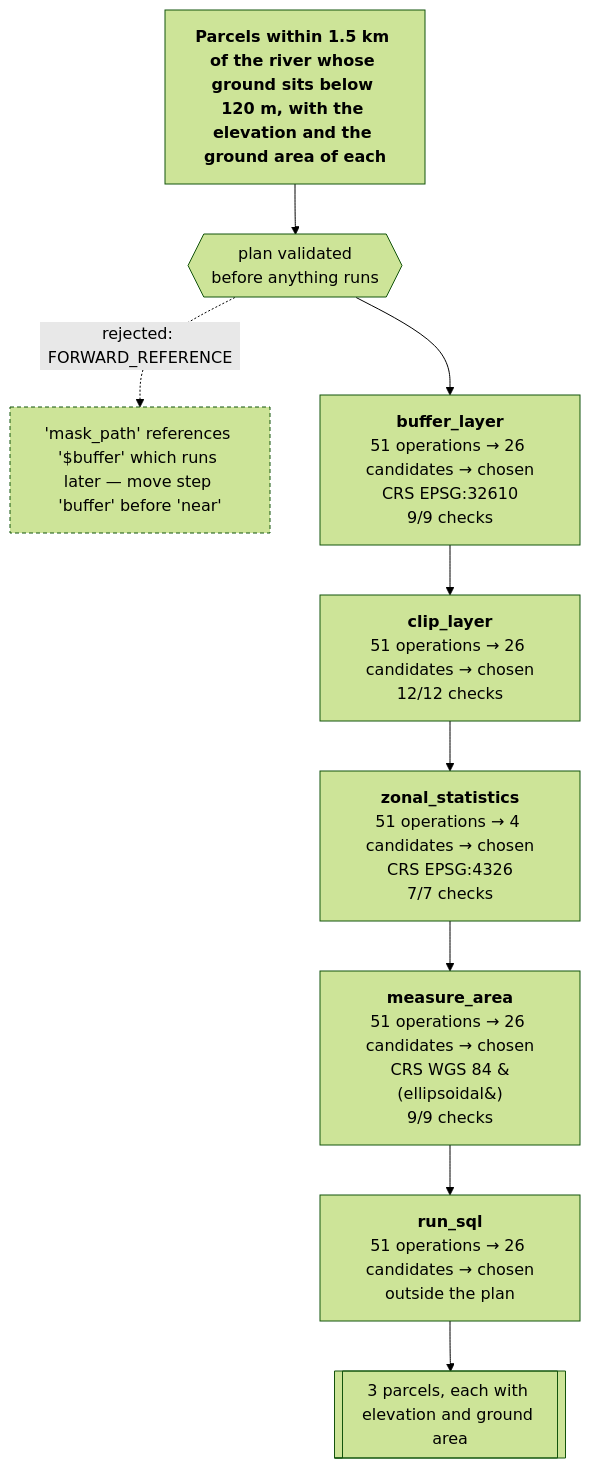
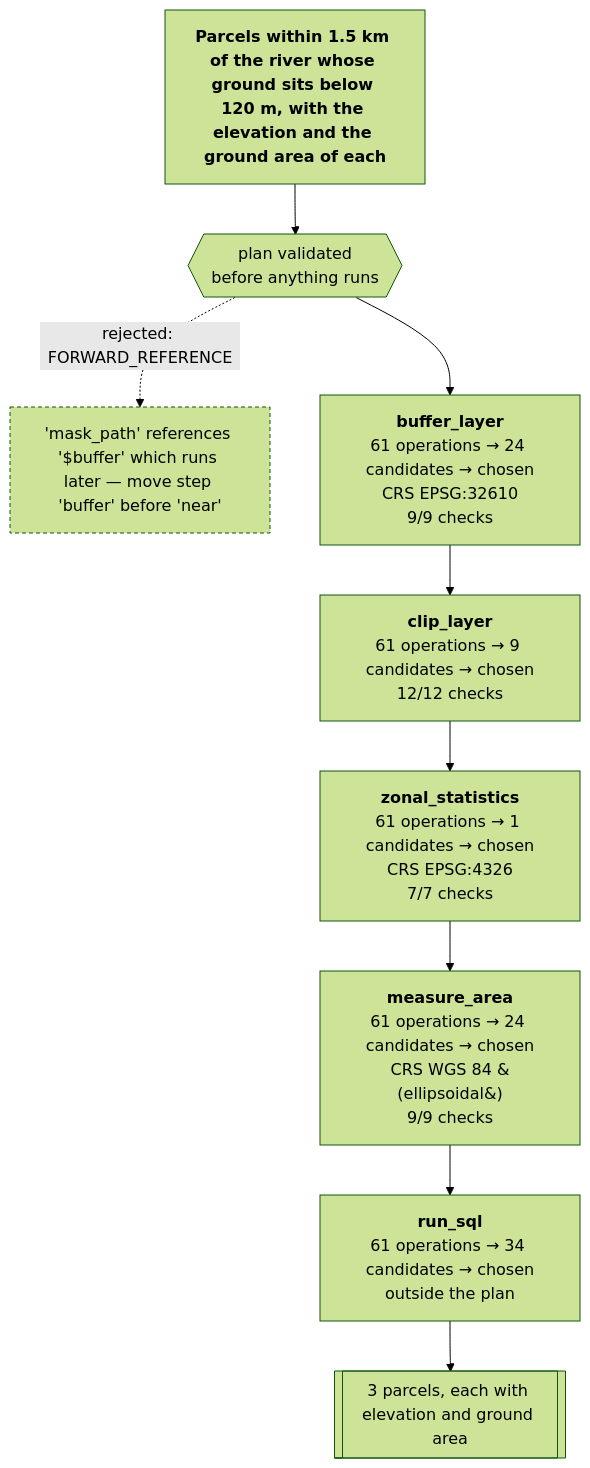
One commit to mapsmith-ai/MapSmith changed the diagram in README.md. Above: the diagram before and after it, drawn with Mermaid (forest theme). The commit also changed other lines of this file and 22 other files, not shown here.

````diff
--- a/README.md
+++ b/README.md
@@ -416,20 +431,20 @@
 ```mermaid
 flowchart TB
   ASK["<b>Parcels within 1.5 km of the river whose ground sits below 120 m, with the elevation and the ground area of each</b>"]
   ASK --> PLAN{{"plan validated<br/>before anything runs"}}
   PLAN -. "rejected: FORWARD_REFERENCE" .-> BAD["'mask_path' references '$buffer' which runs later — move step 'buffer' before 'near'"]
   BAD:::bad
-  BUFFER["<b>buffer_layer</b><br/>51 operations &rarr; 26 candidates &rarr; chosen<br/>CRS EPSG:32610<br/>9/9 checks"]
+  BUFFER["<b>buffer_layer</b><br/>61 operations &rarr; 24 candidates &rarr; chosen<br/>CRS EPSG:32610<br/>9/9 checks"]
   PLAN --> BUFFER
-  NEAR["<b>clip_layer</b><br/>51 operations &rarr; 26 candidates &rarr; chosen<br/>12/12 checks"]
+  NEAR["<b>clip_layer</b><br/>61 operations &rarr; 9 candidates &rarr; chosen<br/>12/12 checks"]
   BUFFER --> NEAR
-  HEIGHT["<b>zonal_statistics</b><br/>51 operations &rarr; 4 candidates &rarr; chosen<br/>CRS EPSG:4326<br/>7/7 checks"]
+  HEIGHT["<b>zonal_statistics</b><br/>61 operations &rarr; 1 candidates &rarr; chosen<br/>CRS EPSG:4326<br/>7/7 checks"]
   NEAR --> HEIGHT
-  AREA["<b>measure_area</b><br/>51 operations &rarr; 26 candidates &rarr; chosen<br/>CRS WGS 84 &#40;ellipsoidal&#41;<br/>9/9 checks"]
+  AREA["<b>measure_area</b><br/>61 operations &rarr; 24 candidates &rarr; chosen<br/>CRS WGS 84 &#40;ellipsoidal&#41;<br/>9/9 checks"]
   HEIGHT --> AREA
-  FILTER["<b>run_sql</b><br/>51 operations &rarr; 26 candidates &rarr; chosen<br/>outside the plan"]
+  FILTER["<b>run_sql</b><br/>61 operations &rarr; 34 candidates &rarr; chosen<br/>outside the plan"]
   AREA --> FILTER
   OUT[["3 parcels, each with elevation and ground area"]]
   FILTER --> OUT
   classDef bad stroke-dasharray: 4 3
 ```
````
